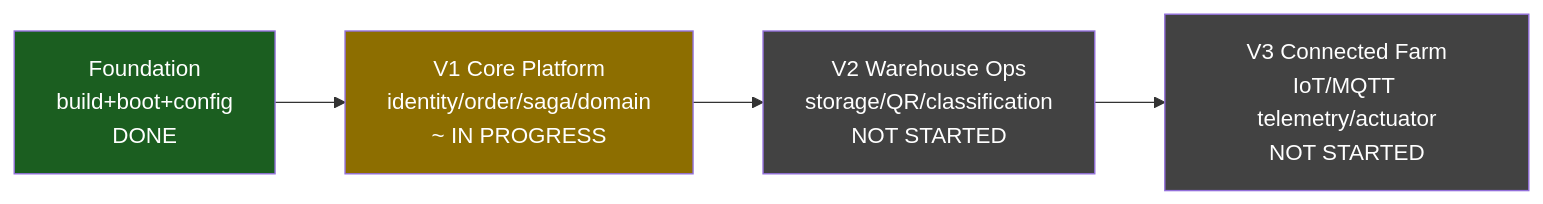
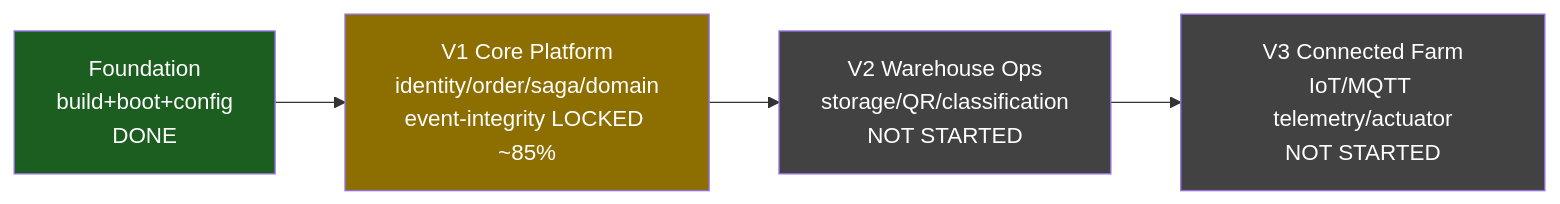
One commit to hatrongvu13/smartfarm-platform-maven-starter changed the diagram in docs/roadmap.md. Above: the diagram before and after it, drawn with Mermaid. The commit also changed other lines of this file and 15 other files, not shown here.

First line of the commit message:
docs: truth pass -- audit log, outstanding issues, architecture & service docs

````diff
--- a/docs/roadmap.md
+++ b/docs/roadmap.md
@@ -7,11 +7,11 @@
 ```mermaid
 flowchart LR
   V0["Foundation<br/>build+boot+config<br/> DONE"]:::done
-  V1["V1 Core Platform<br/>identity/order/saga/domain<br/>~ IN PROGRESS"]:::current
+  V1["V1 Core Platform<br/>identity/order/saga/domain<br/>event-integrity LOCKED ~85%"]:::current
   V2["V2 Warehouse Ops<br/>storage/QR/classification<br/>NOT STARTED"]:::todo
   V3["V3 Connected Farm<br/>IoT/MQTT telemetry/actuator<br/>NOT STARTED"]:::todo
   V0 --> V1 --> V2 --> V3
   classDef done fill:#1b5e20,color:#fff;
   classDef current fill:#8d6e00,color:#fff;
   classDef todo fill:#424242,color:#fff;
 ```
````
